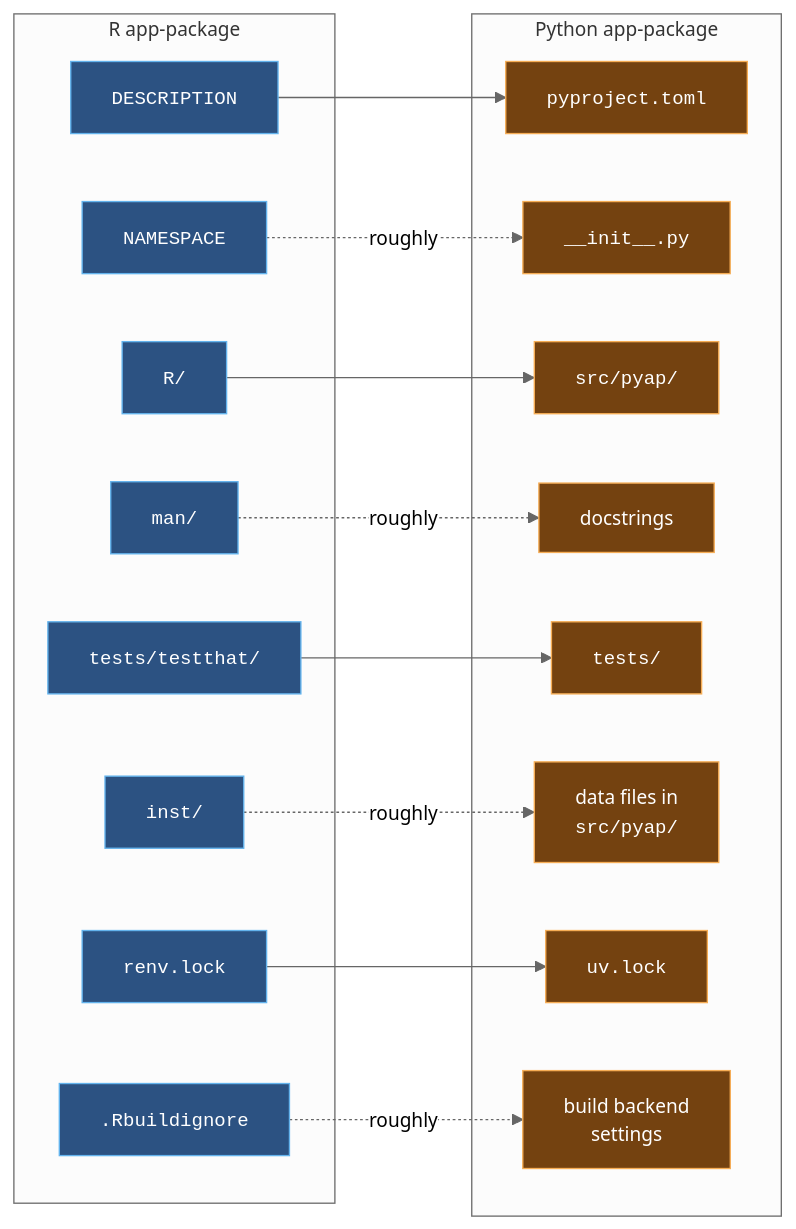
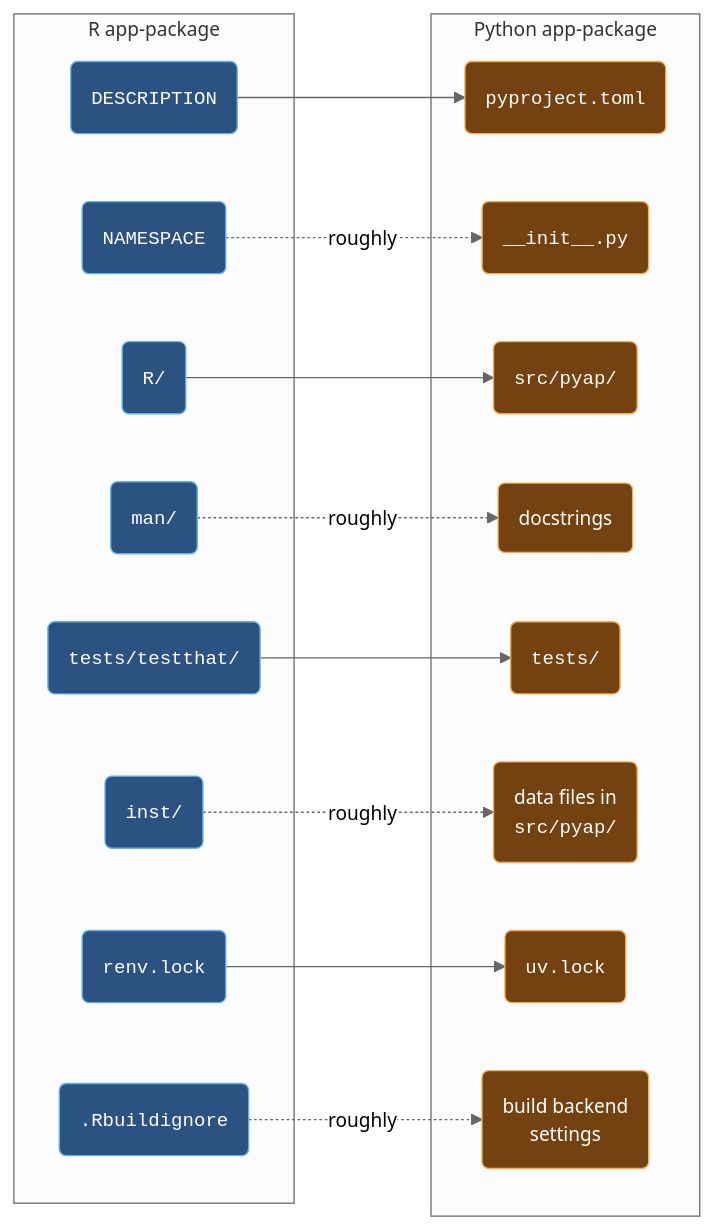
The second of 4 diagrams in packages.qmd (mjfrigaard/shiny-py-pkgs), drawn with Mermaid before and after one commit. The commit also changed other lines of this file and 3 other files, not shown here.

````diff
--- a/packages.qmd
+++ b/packages.qmd
@@ -59,43 +59,43 @@
 ```{mermaid}
 %%| fig-cap: 'R app-package (sap) and Python app-package (pyap)'
 %%| fig-align: center
 %%{init: {'theme': 'neutral', 'themeVariables': { 'fontFamily': 'monospace', "fontSize":"14px"}}}%%
 
 flowchart LR
     subgraph RPkg["R app-package"]
-        RDesc["<code>DESCRIPTION</code>"]
-        RNs["<code>NAMESPACE</code>"]
-        RDir["<code>R/</code>"]
-        RMan["<code>man/</code>"]
-        RTests["<code>tests/testthat/</code>"]
-        RInst["<code>inst/</code>"]
-        RLock["<code>renv.lock</code>"]
-        RIgnore["<code>.Rbuildignore</code>"]
+        RDesc("<code>DESCRIPTION</code>")
+        RNs("<code>NAMESPACE</code>")
+        RDir("<code>R/</code>")
+        RMan("<code>man/</code>")
+        RTests("<code>tests/testthat/</code>")
+        RInst("<code>inst/</code>")
+        RLock("<code>renv.lock</code>")
+        RIgnore("<code>.Rbuildignore</code>")
     end
 
     subgraph PyPkg["Python app-package"]
-        PyProj["<code>pyproject.toml</code>"]
-        PyInit["<code>__init__.py</code>"]
-        PySrc["<code>src/pyap/</code>"]
-        PyDoc["docstrings"]
-        PyTests["<code>tests/</code>"]
-        PyData["data files in<br/><code>src/pyap/</code>"]
-        PyLock["<code>uv.lock</code>"]
-        PyBuild["build backend<br/>settings"]
+        PyProj("<code>pyproject.toml</code>")
+        PyInit("<code>__init__.py</code>")
+        PySrc("<code>src/pyap/</code>")
+        PyDoc("docstrings")
+        PyTests("<code>tests/</code>")
+        PyData("data files in<br/><code>src/pyap/</code>")
+        PyLock("<code>uv.lock</code>")
+        PyBuild("build backend<br/>settings")
     end
 
     RDesc --> PyProj
     RNs -.->|"roughly"| PyInit
     RDir --> PySrc
     RMan -.->|"roughly"| PyDoc
     RTests --> PyTests
     RInst -.->|"roughly"| PyData
     RLock --> PyLock
     RIgnore -.->|"roughly"| PyBuild
 
     classDef rStyle fill:#2c5282,stroke:#63b3ed,color:#fff
     classDef pyStyle fill:#744210,stroke:#f6ad55,color:#fff
 
     class RDesc,RNs,RDir,RMan,RTests,RInst,RLock,RIgnore rStyle
     class PyProj,PyInit,PySrc,PyDoc,PyTests,PyData,PyLock,PyBuild pyStyle
 ```
````
